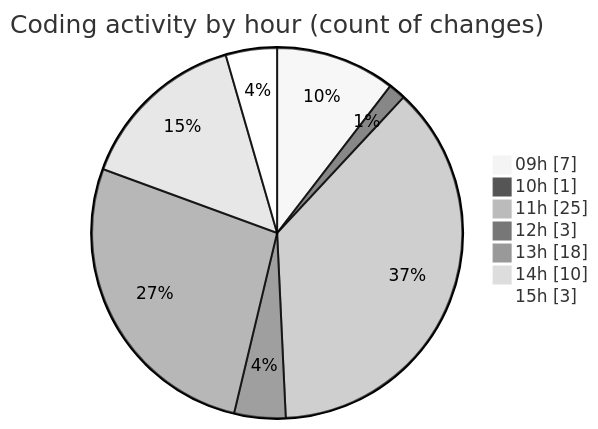
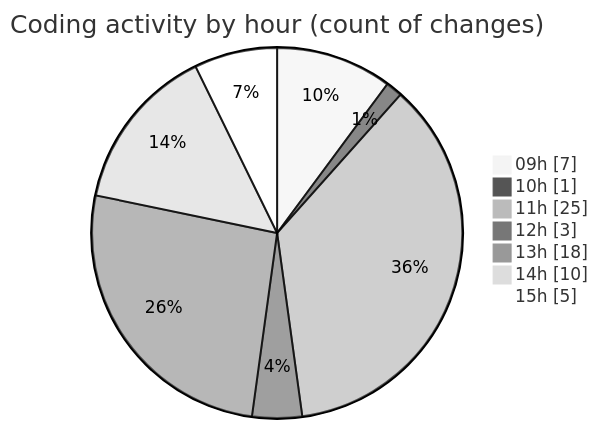
The second of 2 diagrams in 2025-07-30/cda/README.md (momahboobian/code-tracking), drawn with Mermaid (neutral theme) before and after one commit. The commit also changed other lines of this file and 1 other file, not shown here.

````diff
--- a/2025-07-30/cda/README.md
+++ b/2025-07-30/cda/README.md
@@ -40,11 +40,11 @@
 ```mermaid
 pie showData
 title Coding activity by hour (count of changes)
 "09h" : 7
 "10h" : 1
 "11h" : 25
 "12h" : 3
 "13h" : 18
 "14h" : 10
-"15h" : 3
+"15h" : 5
 ```
````
